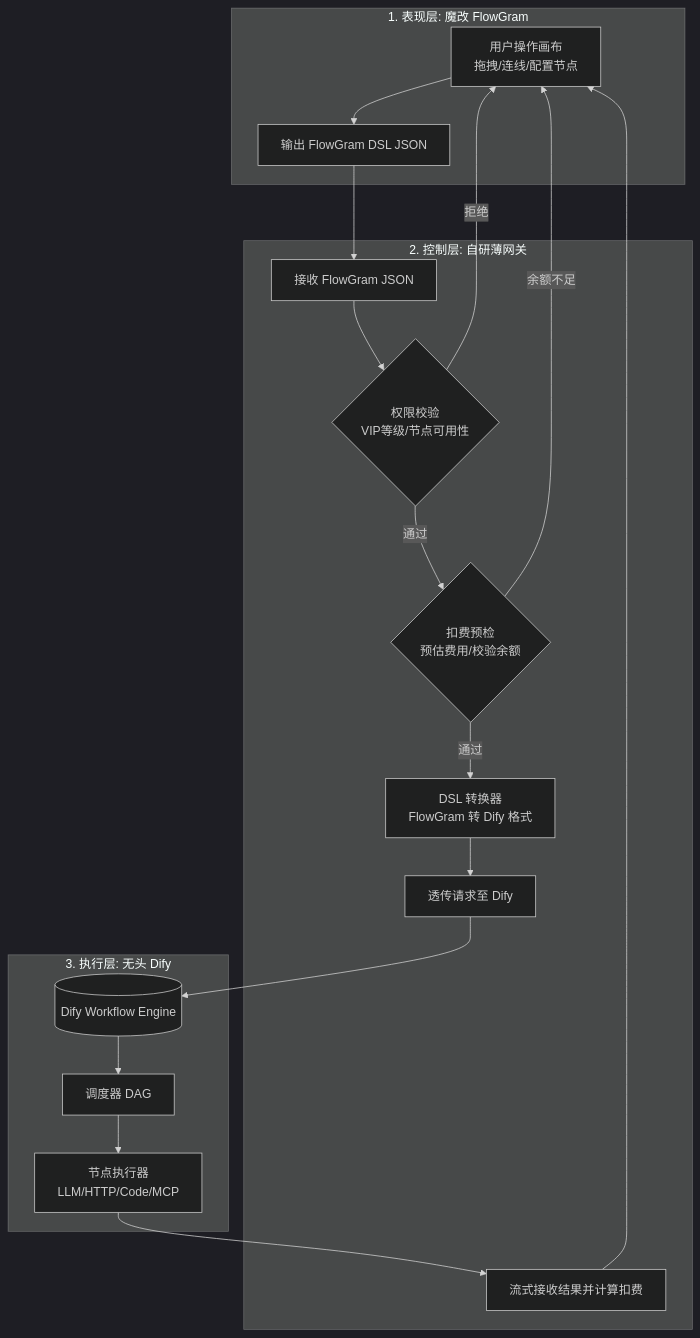
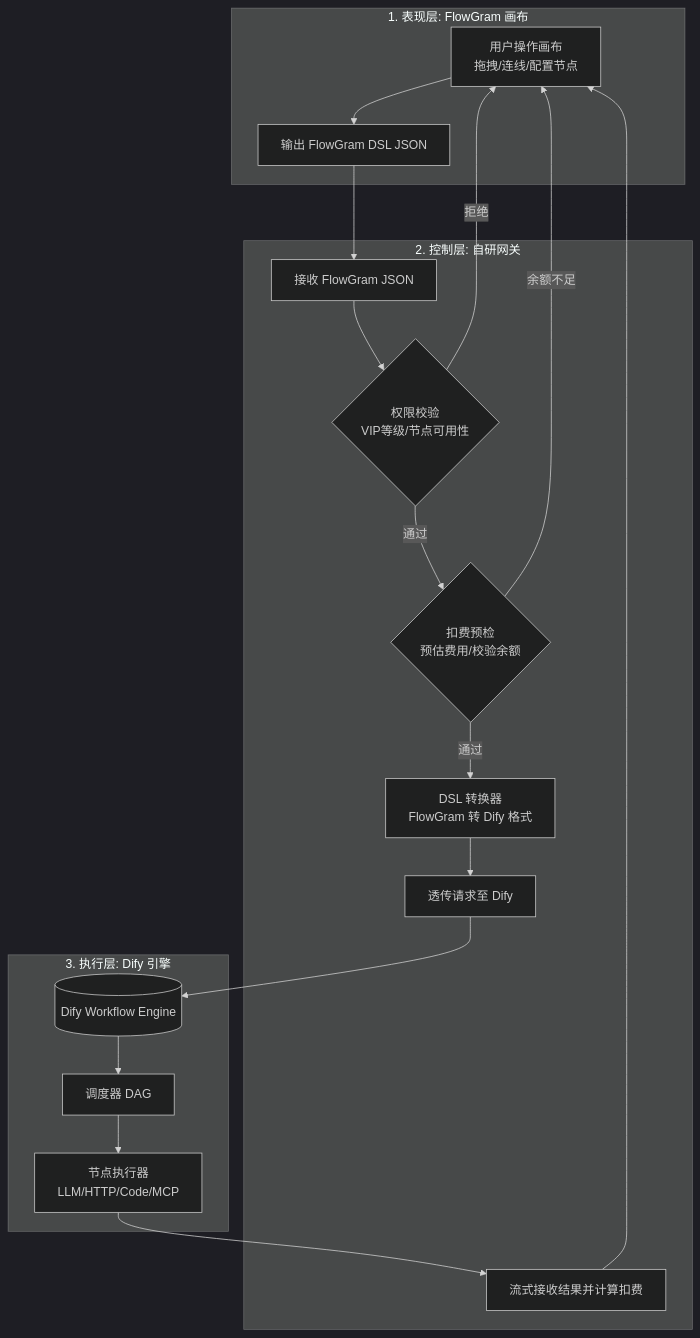
One commit to future73807/futureFlow changed the diagram in README.md. Above: the diagram before and after it, drawn with Mermaid (dark theme). The commit also changed other lines of this file and 2 other files, not shown here.

````diff
--- a/README.md
+++ b/README.md
@@ -114,31 +64,31 @@
 ```mermaid
 flowchart TD
-    subgraph L1 ["1. 表现层: 魔改 FlowGram"]
+    subgraph L1 ["1. 表现层: FlowGram 画布"]
         A[用户操作画布<br/>拖拽/连线/配置节点]
         B[输出 FlowGram DSL JSON]
     end
 
-    subgraph L2 ["2. 控制层: 自研薄网关"]
+    subgraph L2 ["2. 控制层: 自研网关"]
         C[接收 FlowGram JSON]
         D{权限校验<br/>VIP等级/节点可用性}
         E{扣费预检<br/>预估费用/校验余额}
         F[DSL 转换器<br/>FlowGram 转 Dify 格式]
         G[透传请求至 Dify]
         H[流式接收结果并计算扣费]
     end
 
-    subgraph L3 ["3. 执行层: 无头 Dify"]
+    subgraph L3 ["3. 执行层: Dify 引擎"]
         I[(Dify Workflow Engine)]
         J[调度器 DAG]
         K[节点执行器<br/>LLM/HTTP/Code/MCP]
     end
 
     A --> B --> C
     C --> D
     D -- 拒绝 --> A
     D -- 通过 --> E
     E -- 余额不足 --> A
     E -- 通过 --> F --> G
     G --> I --> J --> K
     K --> H --> A
 ```
````
